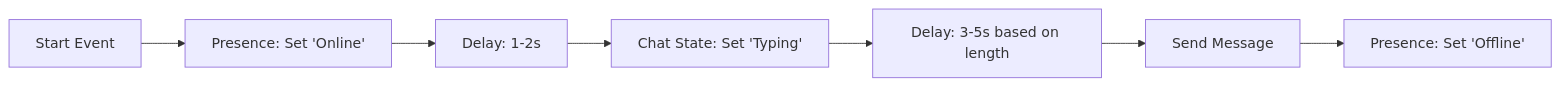
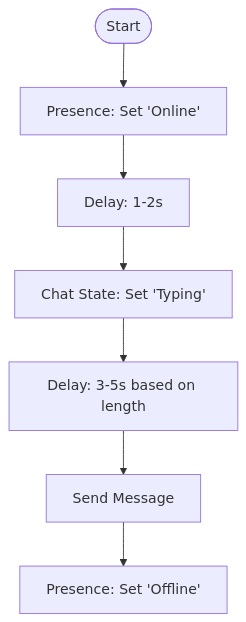
One commit to yakuyakuku/quartz4site changed the second of 3 diagrams in content/Novel/private/WAHA n8n.md. Above: the diagram before and after it, drawn with Mermaid. The commit also changed other lines of this file and 1 other file, not shown here.

````diff
--- a/content/Novel/private/WAHA n8n.md
+++ b/content/Novel/private/WAHA n8n.md
@@ -100,9 +76,9 @@
 ```mermaid
-flowchart LR
-    Start[Start Event] --> Online[Presence: Set 'Online']
+flowchart TD
+    Start([Start]) --> Online[Presence: Set 'Online']
     Online --> Wait1[Delay: 1-2s]
     Wait1 --> Typing[Chat State: Set 'Typing']
     Typing --> Wait2[Delay: 3-5s based on length]
     Wait2 --> Send[Send Message]
     Send --> Offline[Presence: Set 'Offline']
 ```
````
